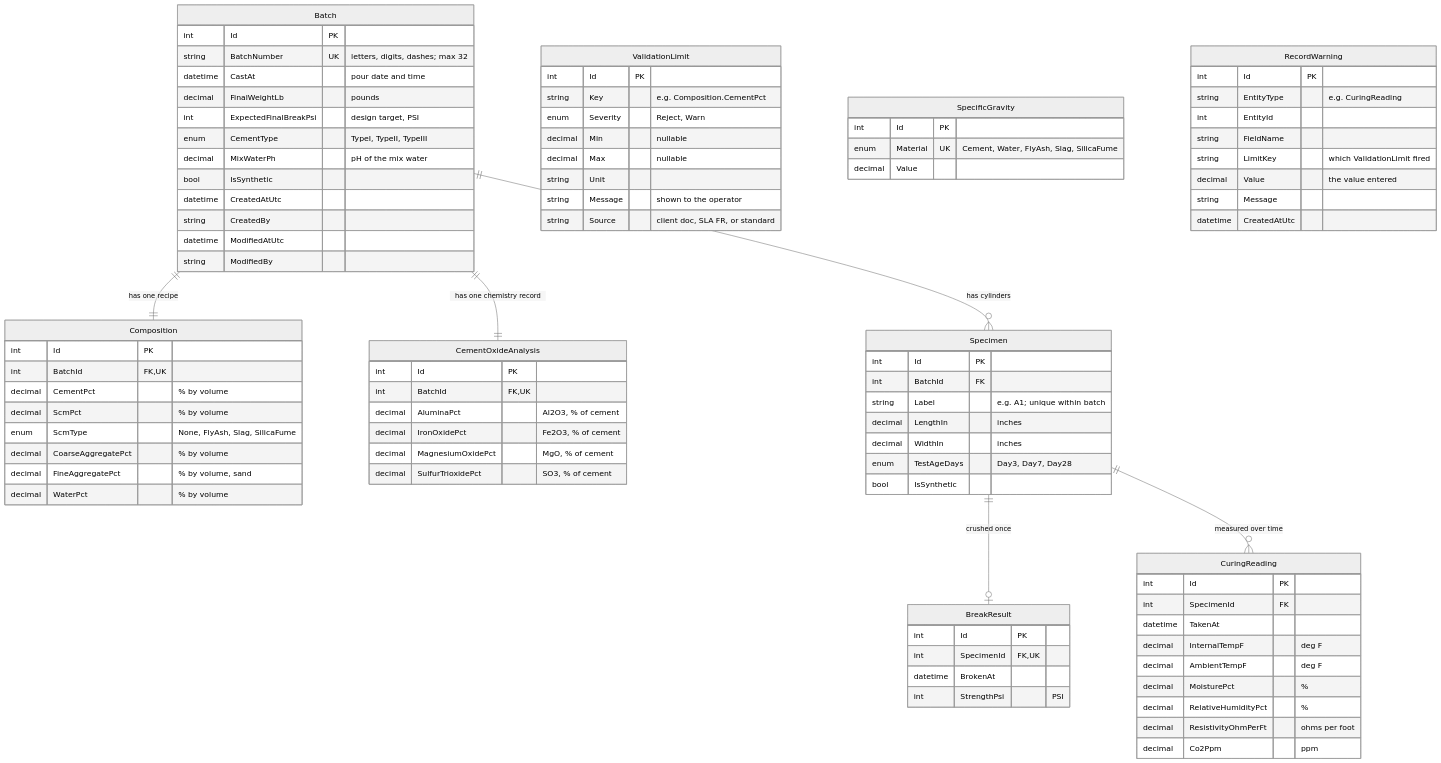
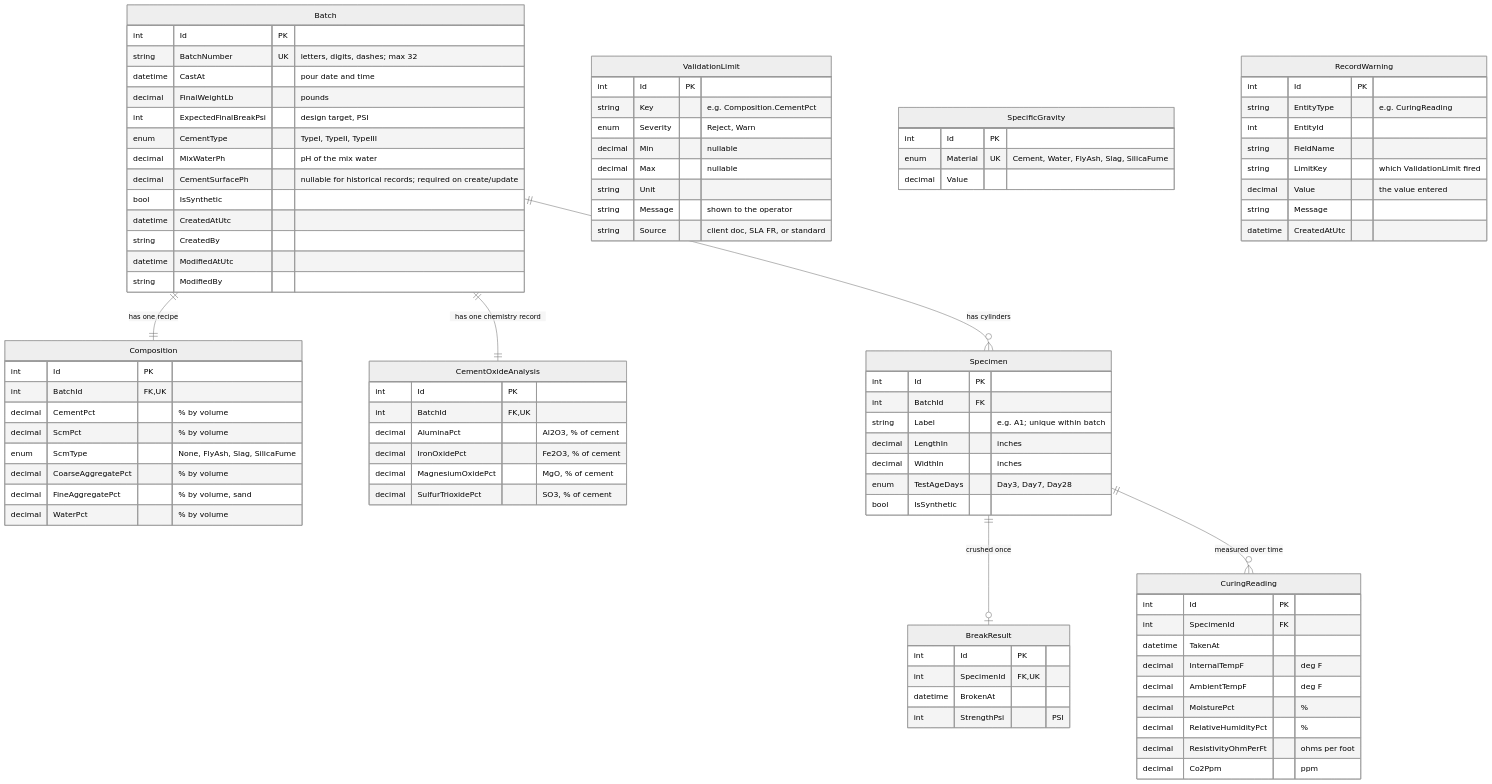
One commit to emmyatri/concrete-analysis-system changed the diagram in docs/schema.md. Above: the diagram before and after it, drawn with Mermaid (neutral theme). The commit also changed other lines of this file and 22 other files, not shown here.

First line of the commit message:
feat(SCRUM-149): record cement surface ph (#62)

```diff
--- a/docs/schema.md
+++ b/docs/schema.md
@@ -38,6 +38,7 @@
         int ExpectedFinalBreakPsi "design target, PSI"
         enum CementType "TypeI, TypeII, TypeIII"
         decimal MixWaterPh "pH of the mix water"
+        decimal CementSurfacePh "nullable for historical records; required on create/update"
         bool IsSynthetic
         datetime CreatedAtUtc
         string CreatedBy
```
